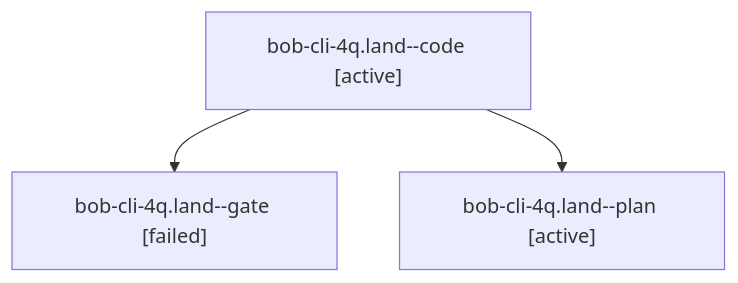
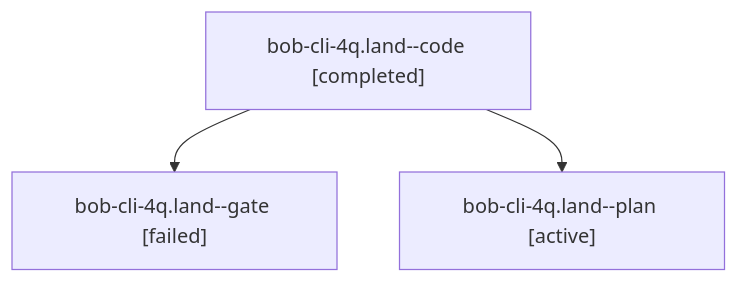
One commit to bobs-org/bob-cli--agents changed the diagram in sessions/bbugyi200.athena.bob-cli-4q.land.md. Above: the diagram before and after it, drawn with Mermaid. The commit also changed other lines of this file and 40 other files, not shown here.

````diff
--- a/sessions/bbugyi200.athena.bob-cli-4q.land.md
+++ b/sessions/bbugyi200.athena.bob-cli-4q.land.md
@@ -9,8 +9,8 @@
 ```mermaid
 flowchart TD
-  n0["bob-cli-4q.land--code [active]"]
+  n0["bob-cli-4q.land--code [completed]"]
   n1["bob-cli-4q.land--gate [failed]"]
   n0 --> n1
   n2["bob-cli-4q.land--plan [active]"]
   n0 --> n2
 ```
````
